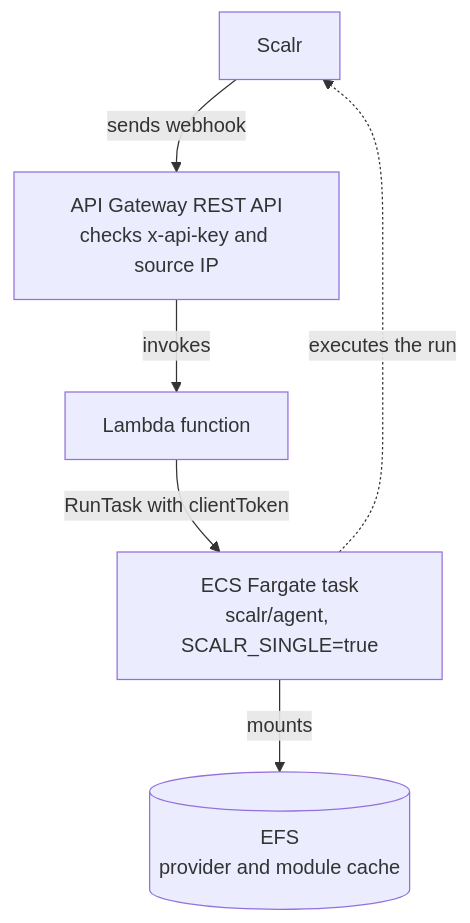
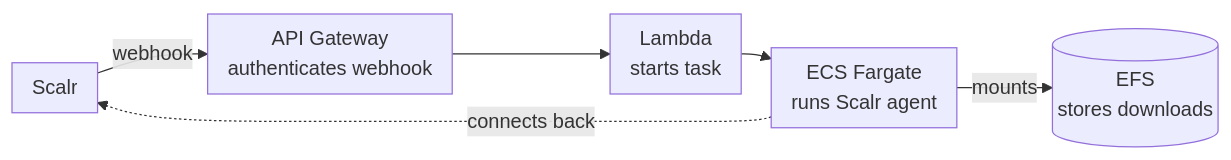
Before and after one commit to Scalr/terraform-scalr-serverless: the diagram in aws/README.md, drawn with Mermaid. The commit also changed other lines of this file and 2 other files, not shown here.

Commit message:
docs: clarify and compact architecture diagrams

````diff
--- a/aws/README.md
+++ b/aws/README.md
@@ -11,10 +11,17 @@
 ```mermaid
-flowchart TB
+---
+config:
+  flowchart:
+    nodeSpacing: 24
+    rankSpacing: 24
+    padding: 8
+---
+flowchart LR
     accTitle: AWS serverless agent pool request flow
-    accDescr: Scalr sends a webhook to API Gateway. API Gateway checks the API key and the source IP, then invokes a Lambda function. The function starts an ECS Fargate task that runs the Scalr agent. The agent mounts the EFS cache and executes the run.
-    scalr[Scalr] -- "sends webhook" --> apigw[API Gateway REST API<br/>checks x-api-key and source IP]
-    apigw -- "invokes" --> lambda[Lambda function]
-    lambda -- "RunTask with clientToken" --> ecs[ECS Fargate task<br/>scalr/agent, SCALR_SINGLE=true]
-    ecs -- "mounts" --> efs[(EFS<br/>provider and module cache)]
-    ecs -. "executes the run" .-> scalr
+    accDescr: Scalr sends a webhook to API Gateway. API Gateway checks the API key and, by default, the source IP, then invokes Lambda. Lambda calls ECS RunTask to start a single-run Fargate task. The agent mounts the EFS cache and connects back to Scalr to execute the run.
+    scalr[Scalr] -- "webhook" --> apigw[API Gateway<br/>authenticates webhook]
+    apigw --> lambda[Lambda<br/>starts task]
+    lambda --> ecs[ECS Fargate<br/>runs Scalr agent]
+    ecs -- "mounts" --> efs[(EFS<br/>stores downloads)]
+    ecs -. "connects back" .-> scalr
 ```
````
